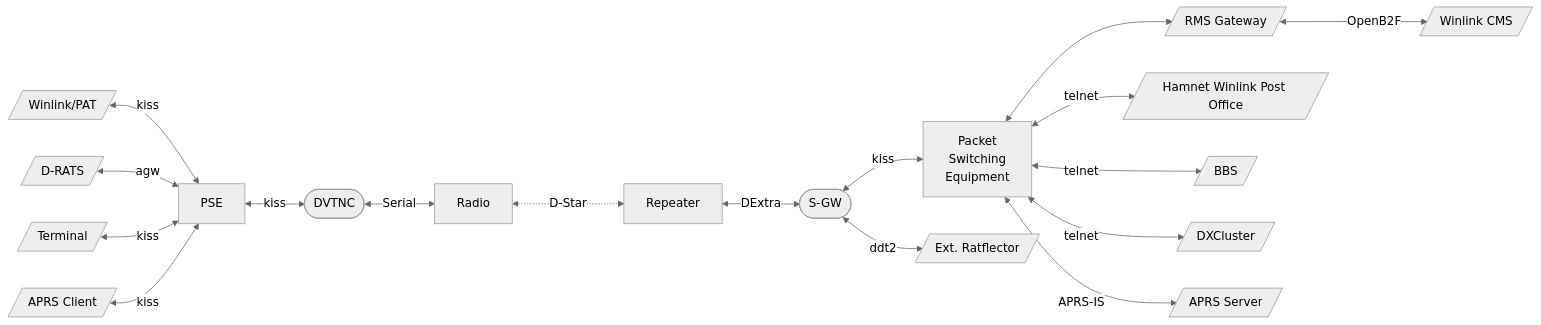
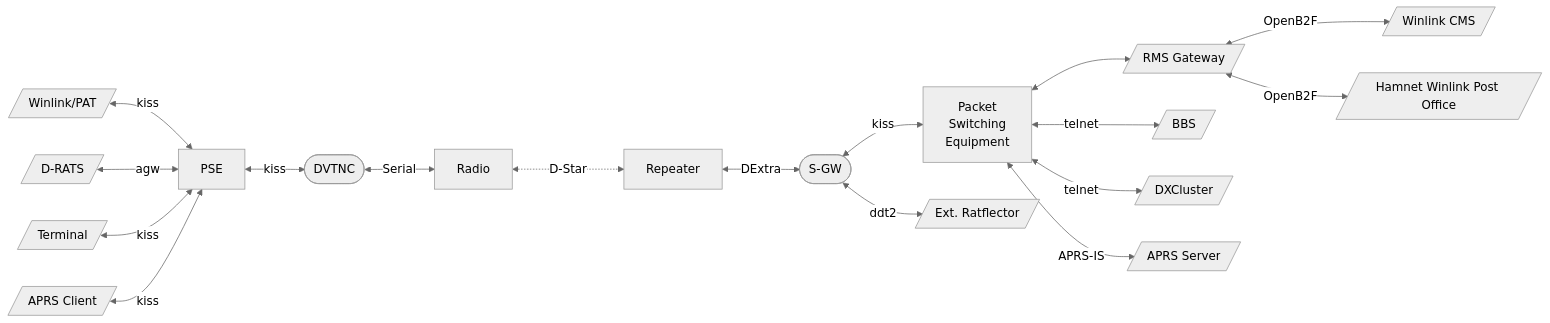
One commit to dscp46/dsgw changed the diagram in README.md. Above: the diagram before and after it, drawn with Mermaid (neutral theme).

````diff
--- a/README.md
+++ b/README.md
@@ -17,19 +17,19 @@
 ```mermaid
 flowchart LR
     wl2k[/Winlink/PAT/] <-->|kiss| pse_c[PSE]
     rat[/D-RATS/] <-->|agw| pse_c
     term[/Terminal/] <-->|kiss| pse_c
     apc[/APRS Client/] <-->|kiss| pse_c
     pse_c <-->|kiss| tnc@{ shape: stadium, label: "DVTNC"}
     tnc <-->|Serial| radio[Radio]
     radio <-..->|D-Star| rptr[Repeater]
     rptr <-->|DExtra| dsgw@{ shape: stadium, label: "S-GW"}
     dsgw <--> |kiss|pse_s[Packet<br>Switching<br>Equipment]
     pse_s <--> rmsgw[/RMS Gateway/]
     rmsgw <--> |OpenB2F| cms[/Winlink CMS/]
-    pse_s <-->|telnet| wlpo[/Hamnet Winlink Post Office/]
+    rmsgw <-->|OpenB2F| wlpo[/Hamnet Winlink Post Office/]
     pse_s <-->|telnet| bbs[/BBS/]
     pse_s <-->|telnet| dxc[/DXCluster/]
     pse_s <-->|APRS-IS| abk[/APRS Server/]
     dsgw <--> |ddt2| rfl[/Ext. Ratflector/]
 ```
````
